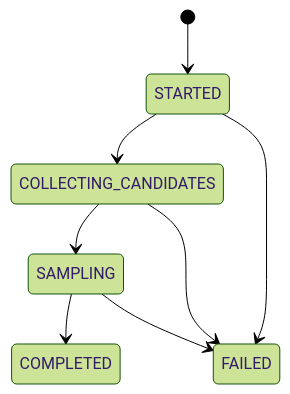
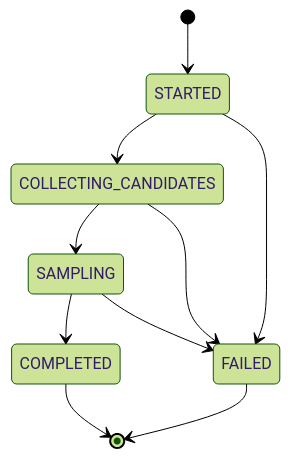
One commit to tsengeagle/quality-inspection changed the third of 3 diagrams in docs/02-ddd/state-machine.md. Above: the diagram before and after it, drawn with Mermaid (forest theme). The commit also changed other lines of this file and 19 other files, not shown here.

````diff
--- a/docs/02-ddd/state-machine.md
+++ b/docs/02-ddd/state-machine.md
@@ -307,11 +215,12 @@
 ```mermaid
 stateDiagram-v2
-    [*] --> STARTED
-    STARTED --> COLLECTING_CANDIDATES
-    COLLECTING_CANDIDATES --> SAMPLING
-    SAMPLING --> COMPLETED
-
-    STARTED --> FAILED
-    COLLECTING_CANDIDATES --> FAILED
-    SAMPLING --> FAILED
+  [*] --> STARTED
+  STARTED --> COLLECTING_CANDIDATES
+  COLLECTING_CANDIDATES --> SAMPLING
+  SAMPLING --> COMPLETED
+  STARTED --> FAILED
+  COLLECTING_CANDIDATES --> FAILED
+  SAMPLING --> FAILED
+  COMPLETED --> [*]
+  FAILED --> [*]
 ```
````
